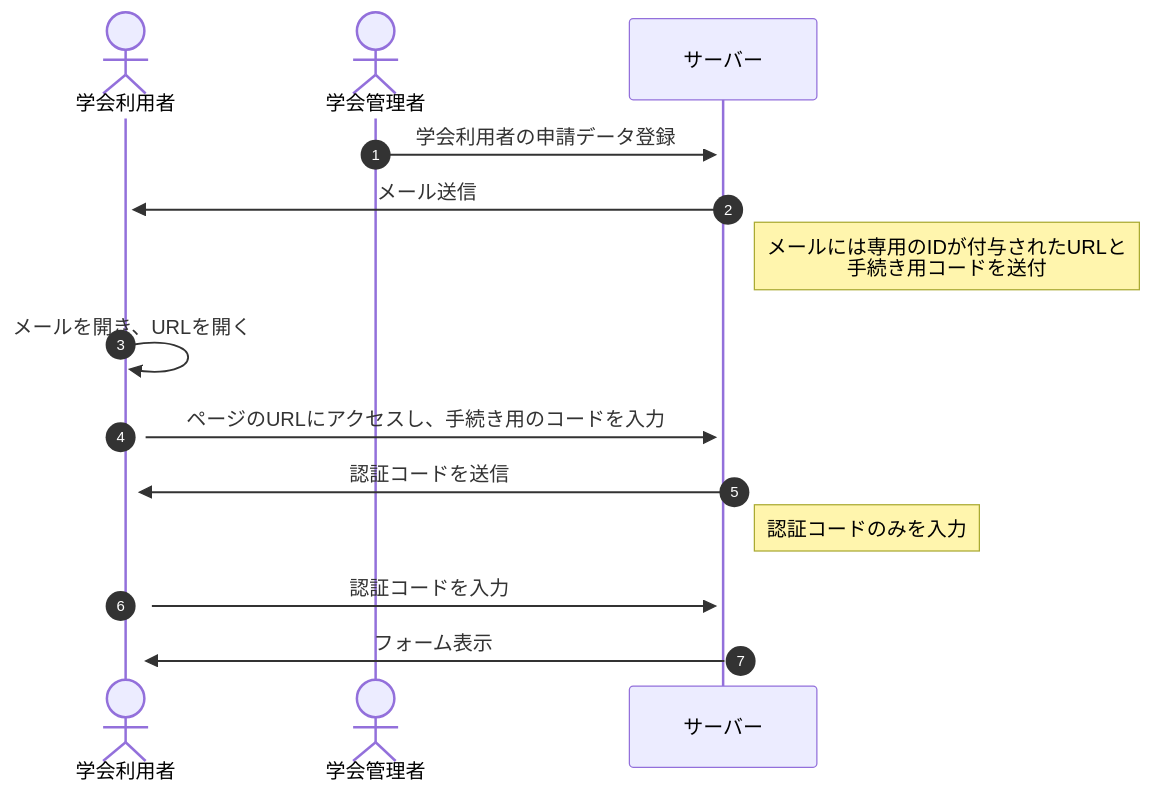
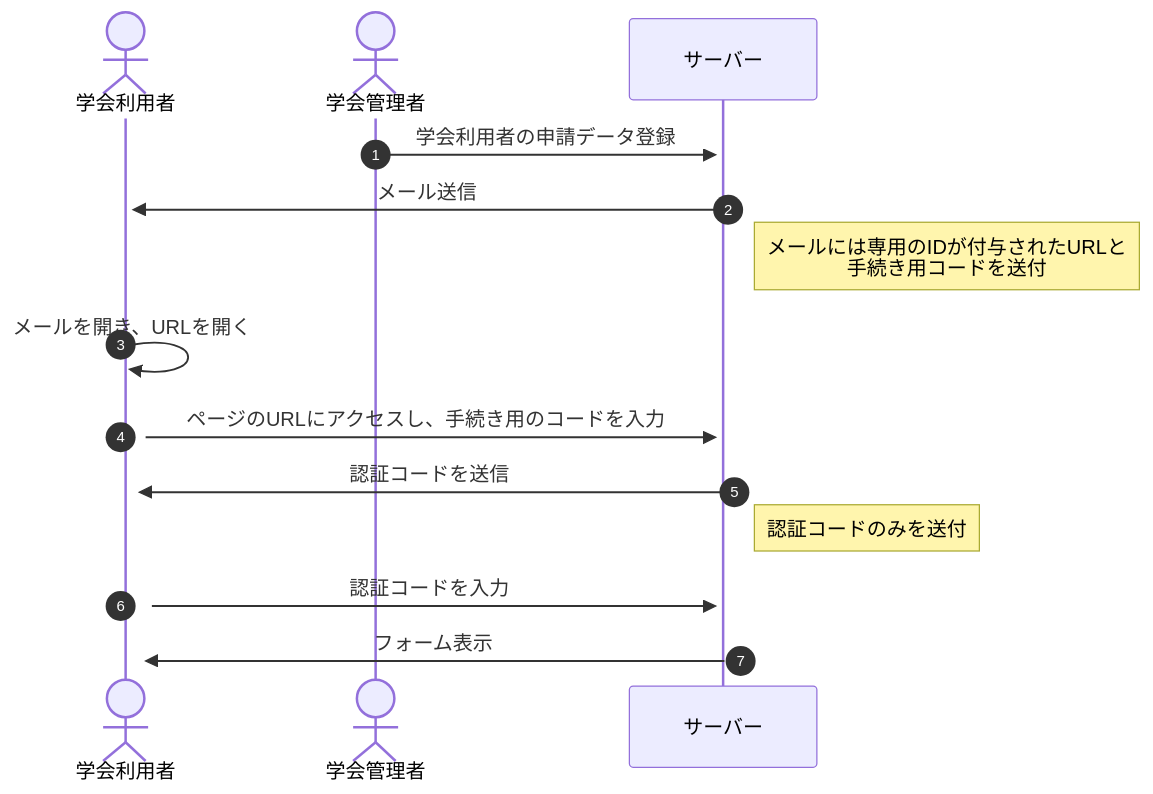
The first of 6 diagrams in docs/基本設計書-利用者認証機能.md (kinachan/kokusai-bunken-doc), drawn with Mermaid before and after one commit. The commit also changed 2 other files, not shown here.

Commit message:
要件定義を作成

````diff
--- a/docs/基本設計書-利用者認証機能.md
+++ b/docs/基本設計書-利用者認証機能.md
@@ -10,19 +10,19 @@
 ```mermaid
 
 sequenceDiagram
 autonumber
 
 actor user as 学会利用者
 actor admin as 学会管理者
 participant server as サーバー
 
 admin->>+server: 学会利用者の申請データ登録
 server->>+user: メール送信
   note right of server: メールには専用のIDが付与されたURLと<br/>手続き用コードを送付
 user->>+user: メールを開き、URLを開く
 user->>+server: ページのURLにアクセスし、手続き用のコードを入力
 server->>+user: 認証コードを送信
-  note right of server: 認証コードのみを入力
+  note right of server: 認証コードのみを送付
 user->>+server: 認証コードを入力
 server->>+user: フォーム表示
 ```
````
